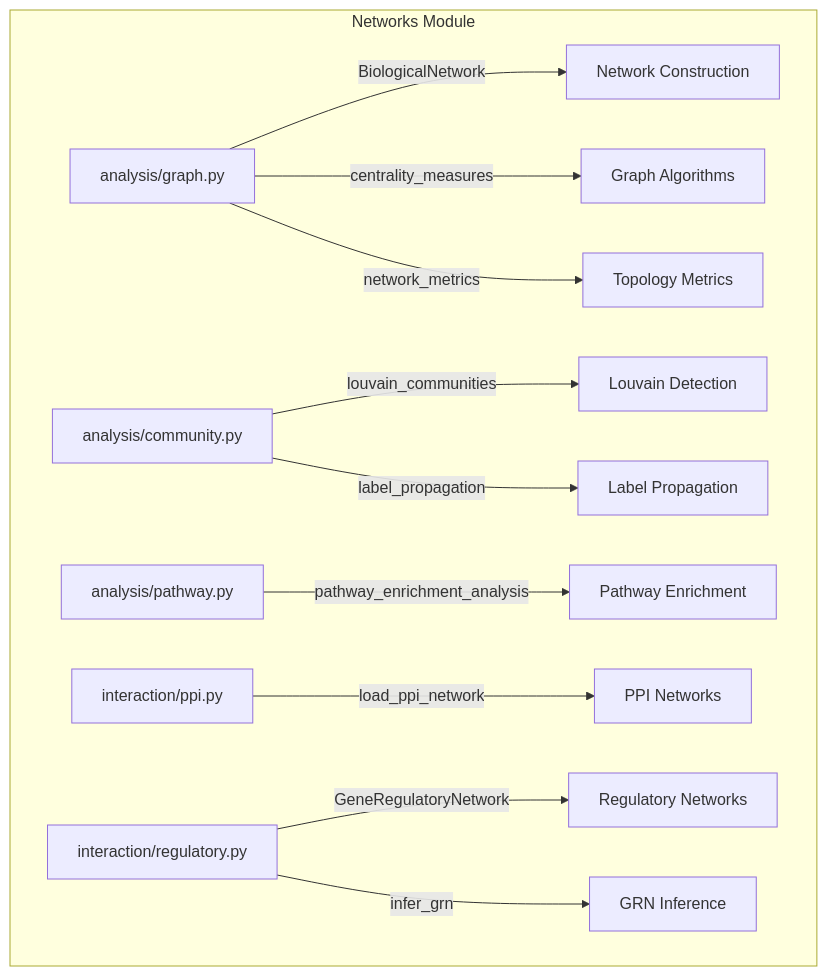
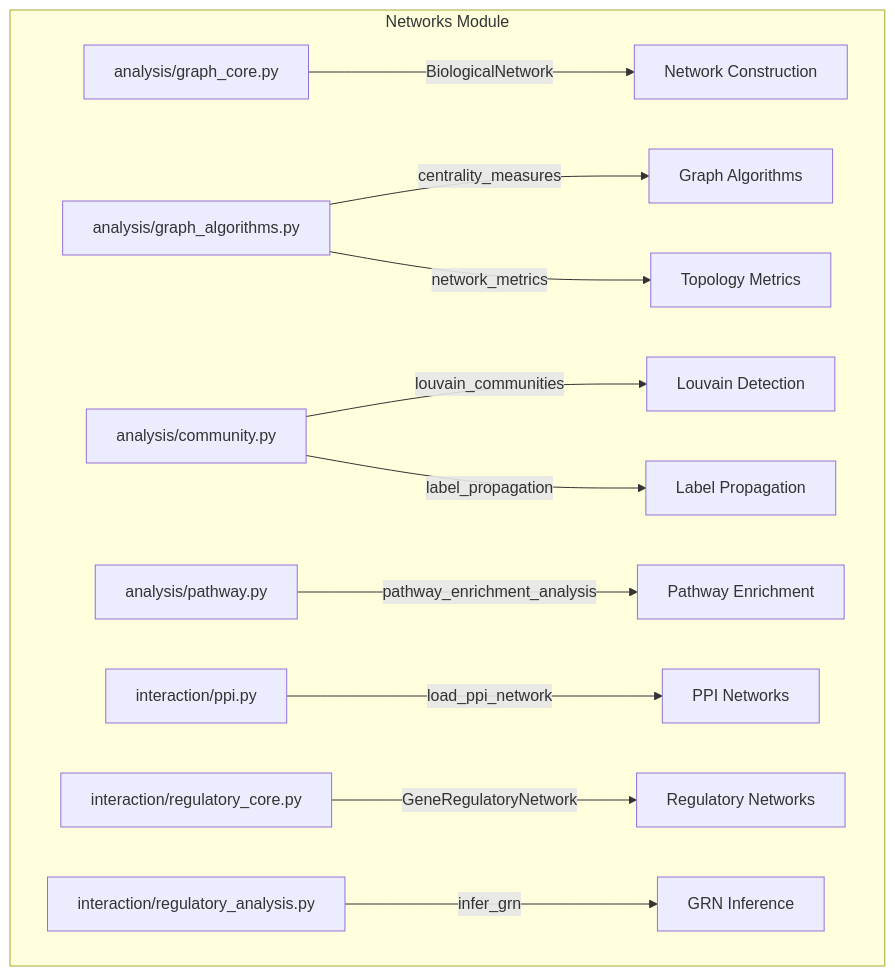
The diagram in src/metainformant/networks/README.md (docxology/MetaInformAnt), drawn with Mermaid before and after one commit. The commit also changed other lines of this file and 633 other files, not shown here.

````diff
--- a/src/metainformant/networks/README.md
+++ b/src/metainformant/networks/README.md
@@ -28,18 +28,18 @@
 ```mermaid
 graph TD
     subgraph "Networks Module"
-        AG[analysis/graph.py] --> |BiologicalNetwork| NET[Network Construction]
-        AG --> |centrality_measures| ALG[Graph Algorithms]
-        AG --> |network_metrics| MET[Topology Metrics]
+        AG[analysis/graph_core.py] --> |BiologicalNetwork| NET[Network Construction]
+        AGA[analysis/graph_algorithms.py] --> |centrality_measures| ALG[Graph Algorithms]
+        AGA --> |network_metrics| MET[Topology Metrics]
 
         AC[analysis/community.py] --> |louvain_communities| LV[Louvain Detection]
         AC --> |label_propagation| LP[Label Propagation]
 
         AP[analysis/pathway.py] --> |pathway_enrichment_analysis| PE[Pathway Enrichment]
 
         IP[interaction/ppi.py] --> |load_ppi_network| PPI[PPI Networks]
 
-        IR[interaction/regulatory.py] --> |GeneRegulatoryNetwork| GRN[Regulatory Networks]
-        IR --> |infer_grn| INF[GRN Inference]
+        IR[interaction/regulatory_core.py] --> |GeneRegulatoryNetwork| GRN[Regulatory Networks]
+        IRA[interaction/regulatory_analysis.py] --> |infer_grn| INF[GRN Inference]
     end
 ```
````
